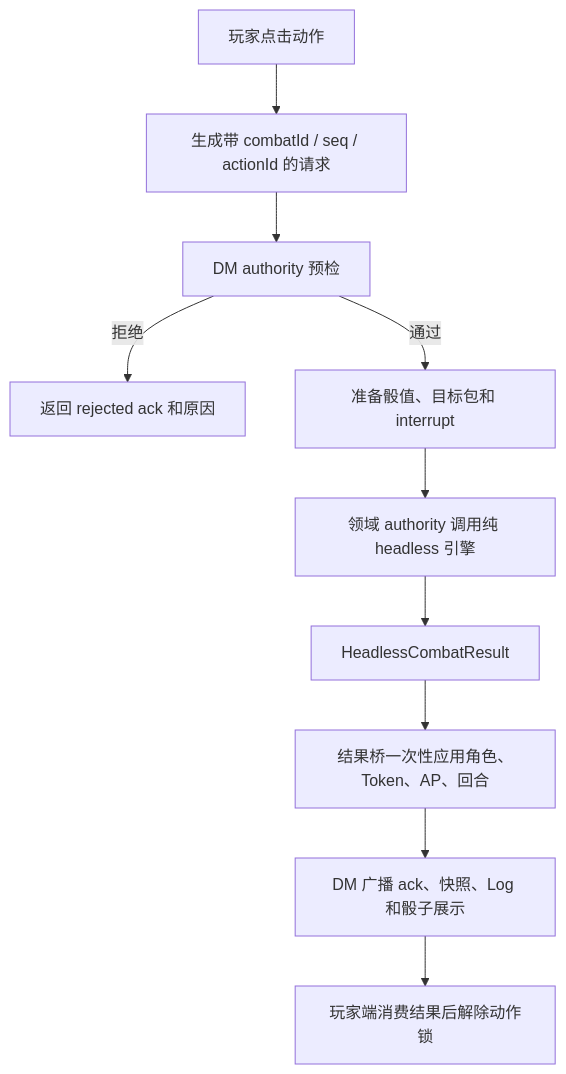
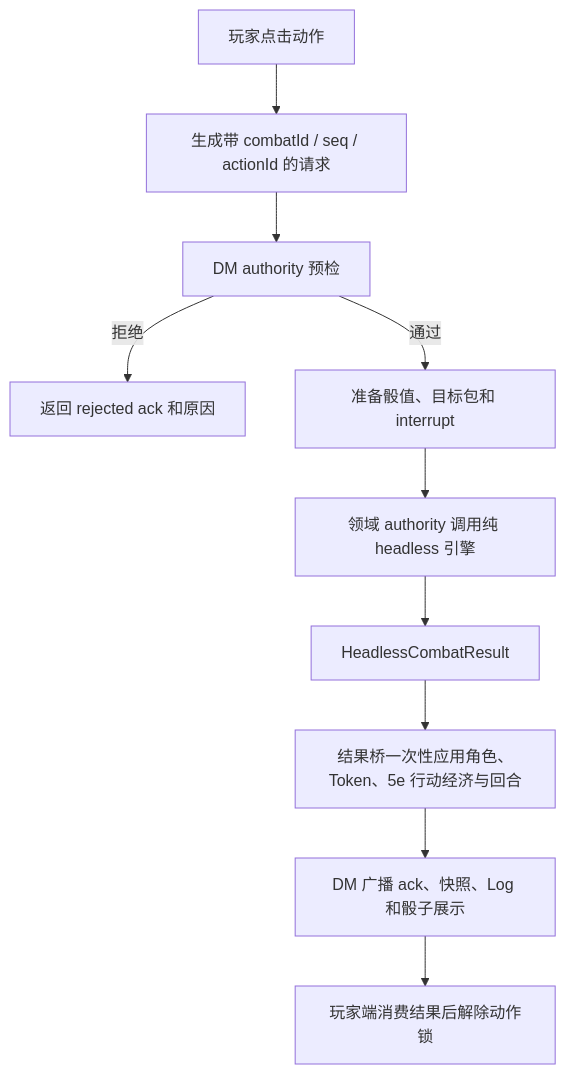
Before and after one commit to xmxftxdl/DNDSTARS-5E: the diagram in docs/combat-flow.md, drawn with Mermaid. The commit also changed other lines of this file and 379 other files, not shown here.

````diff
--- a/docs/combat-flow.md
+++ b/docs/combat-flow.md
@@ -10,12 +10,12 @@
 ```mermaid
 flowchart TD
   A[玩家点击动作] --> B[生成带 combatId / seq / actionId 的请求]
   B --> C[DM authority 预检]
   C -->|拒绝| D[返回 rejected ack 和原因]
   C -->|通过| E[准备骰值、目标包和 interrupt]
   E --> F[领域 authority 调用纯 headless 引擎]
   F --> G[HeadlessCombatResult]
-  G --> H[结果桥一次性应用角色、Token、AP、回合]
+  G --> H[结果桥一次性应用角色、Token、5e 行动经济与回合]
   H --> I[DM 广播 ack、快照、Log 和骰子展示]
   I --> J[玩家端消费结果后解除动作锁]
 ```
````
